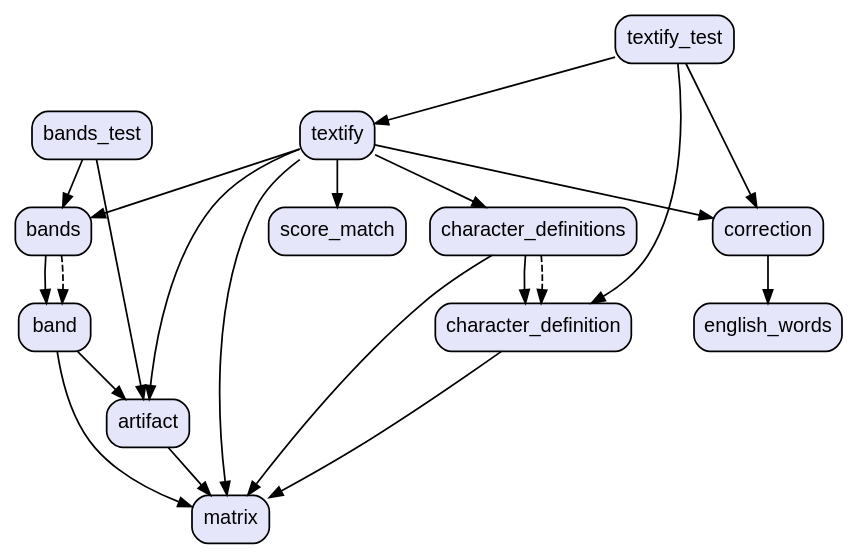
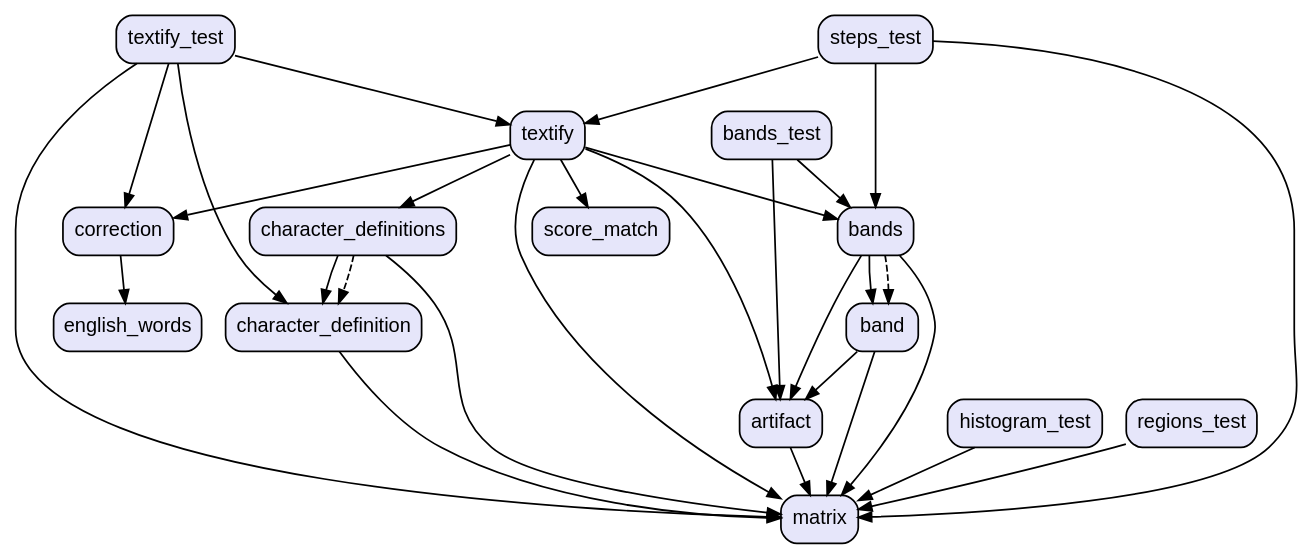
One commit to vteam-com/TEXTify changed the diagram in graph.dot. Above: the diagram before and after it, drawn with Graphviz. The commit also changed 25 other files, not shown here.

```diff
--- a/graph.dot
+++ b/graph.dot
@@ -1,38 +1,49 @@
 digraph "" {
   graph [style=rounded fontname="Arial Black" fontsize=13 penwidth=2.6];
   node [shape=rect style="filled,rounded" fontname=Arial fontsize=15 fillcolor=Lavender penwidth=1.3];
   edge [penwidth=1.3];
   "/test/textify_test.dart" [label="textify_test"];
   "/test/bands_test.dart" [label="bands_test"];
+  "/test/histogram_test.dart" [label="histogram_test"];
+  "/test/regions_test.dart" [label="regions_test"];
+  "/test/steps_test.dart" [label="steps_test"];
   "/lib/band.dart" [label="band"];
   "/lib/artifact.dart" [label="artifact"];
   "/lib/score_match.dart" [label="score_match"];
   "/lib/character_definition.dart" [label="character_definition"];
   "/lib/textify.dart" [label="textify"];
   "/lib/matrix.dart" [label="matrix"];
   "/lib/character_definitions.dart" [label="character_definitions"];
   "/lib/correction.dart" [label="correction"];
   "/lib/english_words.dart" [label="english_words"];
   "/lib/bands.dart" [label="bands"];
   "/test/textify_test.dart" -> "/lib/character_definition.dart";
   "/test/textify_test.dart" -> "/lib/correction.dart";
+  "/test/textify_test.dart" -> "/lib/matrix.dart";
   "/test/textify_test.dart" -> "/lib/textify.dart";
   "/test/bands_test.dart" -> "/lib/artifact.dart";
   "/test/bands_test.dart" -> "/lib/bands.dart";
+  "/test/histogram_test.dart" -> "/lib/matrix.dart";
+  "/test/regions_test.dart" -> "/lib/matrix.dart";
+  "/test/steps_test.dart" -> "/lib/bands.dart";
+  "/test/steps_test.dart" -> "/lib/matrix.dart";
+  "/test/steps_test.dart" -> "/lib/textify.dart";
   "/lib/band.dart" -> "/lib/artifact.dart";
   "/lib/band.dart" -> "/lib/matrix.dart";
   "/lib/artifact.dart" -> "/lib/matrix.dart";
   "/lib/character_definition.dart" -> "/lib/matrix.dart";
   "/lib/textify.dart" -> "/lib/artifact.dart";
   "/lib/textify.dart" -> "/lib/bands.dart";
   "/lib/textify.dart" -> "/lib/character_definitions.dart";
   "/lib/textify.dart" -> "/lib/correction.dart";
   "/lib/textify.dart" -> "/lib/matrix.dart";
   "/lib/textify.dart" -> "/lib/score_match.dart";
   "/lib/character_definitions.dart" -> "/lib/character_definition.dart";
   "/lib/character_definitions.dart" -> "/lib/matrix.dart";
   "/lib/character_definitions.dart" -> "/lib/character_definition.dart" [style=dashed];
   "/lib/correction.dart" -> "/lib/english_words.dart";
+  "/lib/bands.dart" -> "/lib/artifact.dart";
   "/lib/bands.dart" -> "/lib/band.dart";
+  "/lib/bands.dart" -> "/lib/matrix.dart";
   "/lib/bands.dart" -> "/lib/band.dart" [style=dashed];
 }
```
